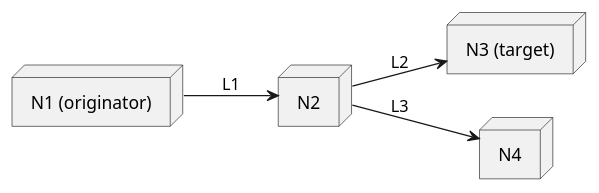
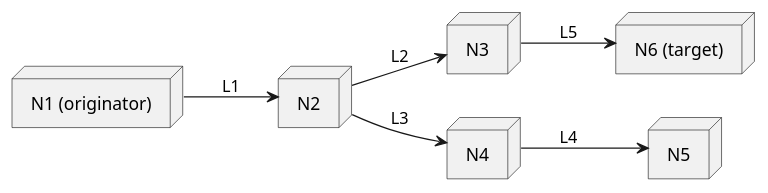
The diagram in doc/figures/test-network-1.puml (gotchoices/ChipNet), drawn with PlantUML before and after one commit. The commit also changed 16 other files, not shown here.

```diff
--- a/doc/figures/test-network-1.puml
+++ b/doc/figures/test-network-1.puml
@@ -1,13 +1,17 @@
 @startuml
 left to right direction
 
 node "N1 (originator)" as N1
 node N2
-node "N3 (target)" as N3
+node N3
 node N4
+node N5
+node "N6 (target)" as N6
 
 N1 --> N2 : L1
 N2 --> N3 : L2
 N2 --> N4 : L3
+N4 --> N5 : L4
+N3 --> N6 : L5
 
 @enduml
```
